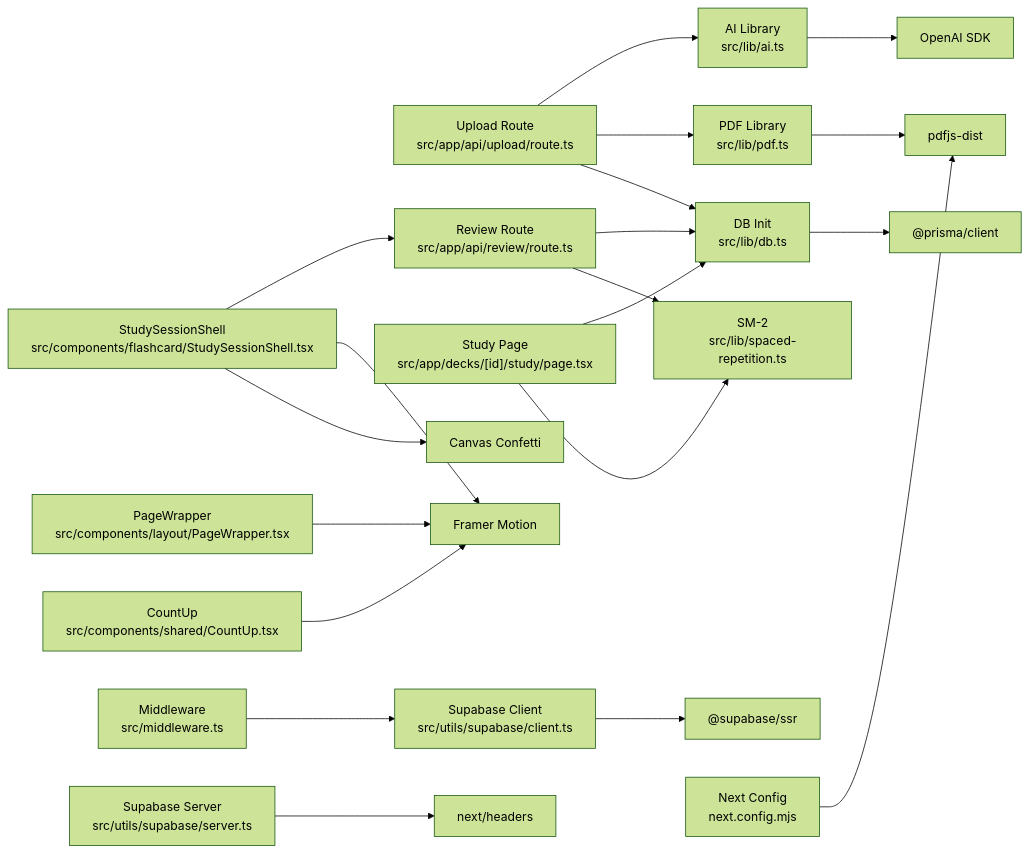
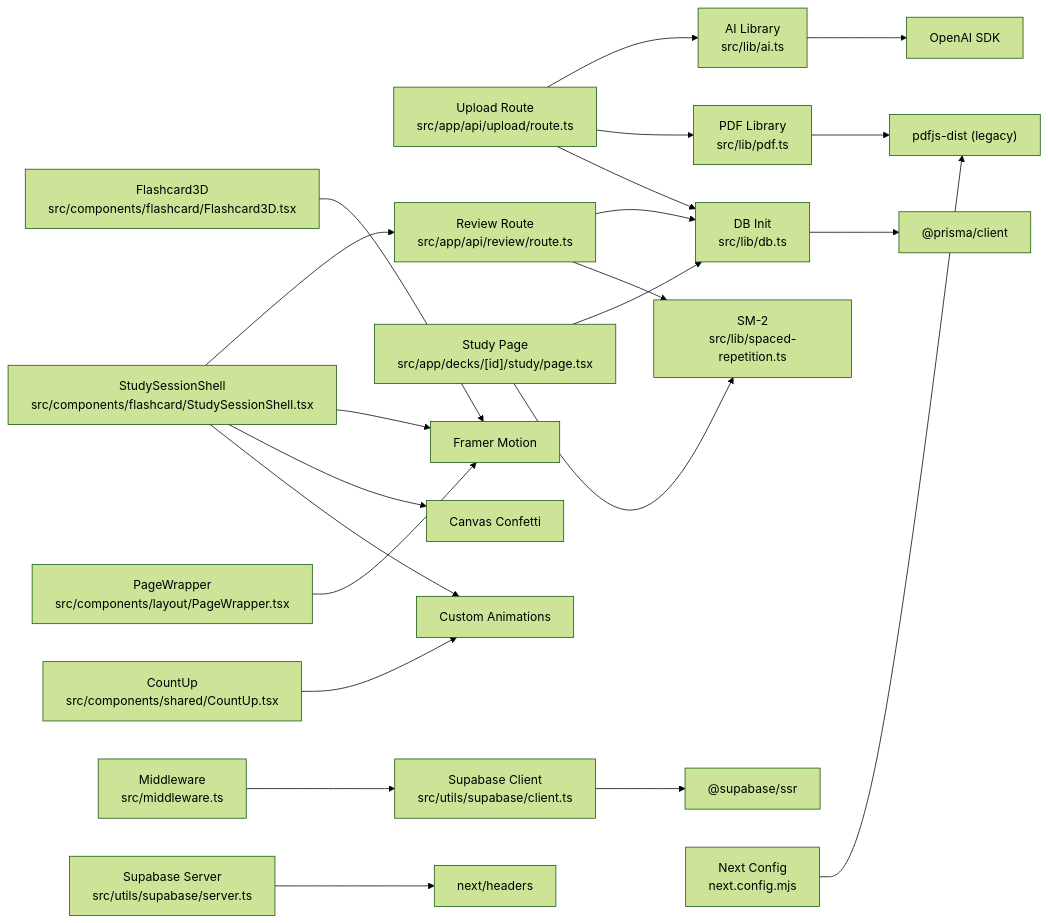
One commit to nitish-niraj/cumathassignment changed the third of 3 diagrams in .qoder/repowiki/en/content/Advanced Topics/Troubleshooting and Debugging.md. Above: the diagram before and after it, drawn with Mermaid (forest theme). The commit also changed other lines of this file and 3 other files, not shown here.

````diff
--- a/.qoder/repowiki/en/content/Advanced Topics/Troubleshooting and Debugging.md
+++ b/.qoder/repowiki/en/content/Advanced Topics/Troubleshooting and Debugging.md
@@ -405,22 +479,24 @@
 ```mermaid
 graph LR
 AI["AI Library<br/>src/lib/ai.ts"] --> OA["OpenAI SDK"]
-PDF["PDF Library<br/>src/lib/pdf.ts"] --> PJSD["pdfjs-dist"]
+PDF["PDF Library<br/>src/lib/pdf.ts"] --> PJSD["pdfjs-dist (legacy)"]
 DB["DB Init<br/>src/lib/db.ts"] --> PRISMA["@prisma/client"]
 Upload["Upload Route<br/>src/app/api/upload/route.ts"] --> AI
 Upload --> PDF
 Upload --> DB
 Review["Review Route<br/>src/app/api/review/route.ts"] --> DB
 Review --> SR["SM-2<br/>src/lib/spaced-repetition.ts"]
 StudyPage["Study Page<br/>src/app/decks/[id]/study/page.tsx"] --> DB
 StudyPage --> SR
 StudyShell["StudySessionShell<br/>src/components/flashcard/StudySessionShell.tsx"] --> Review
 StudyShell --> FM["Framer Motion"]
 StudyShell --> CC["Canvas Confetti"]
+StudyShell --> CustomAnim["Custom Animations"]
+Flashcard3D["Flashcard3D<br/>src/components/flashcard/Flashcard3D.tsx"] --> FM
 PageWrapper["PageWrapper<br/>src/components/layout/PageWrapper.tsx"] --> FM
-CountUp["CountUp<br/>src/components/shared/CountUp.tsx"] --> FM
+CountUp["CountUp<br/>src/components/shared/CountUp.tsx"] --> CustomAnim
 SupabaseC["Supabase Client<br/>src/utils/supabase/client.ts"] --> NextSSR["@supabase/ssr"]
 SupabaseS["Supabase Server<br/>src/utils/supabase/server.ts"] --> NextHeaders["next/headers"]
 MW["Middleware<br/>src/middleware.ts"] --> SupabaseC
 PDFConfig["Next Config<br/>next.config.mjs"] --> PJSD
 ```
````
